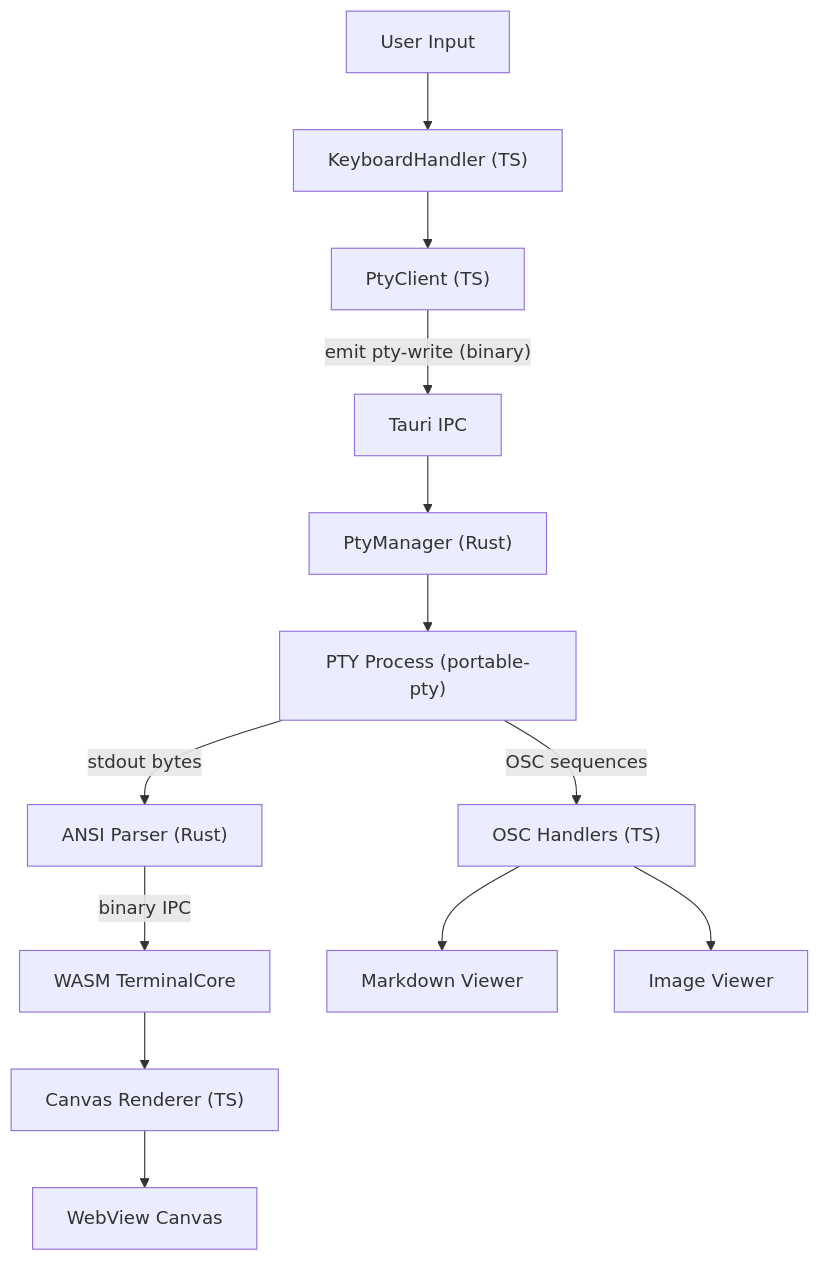
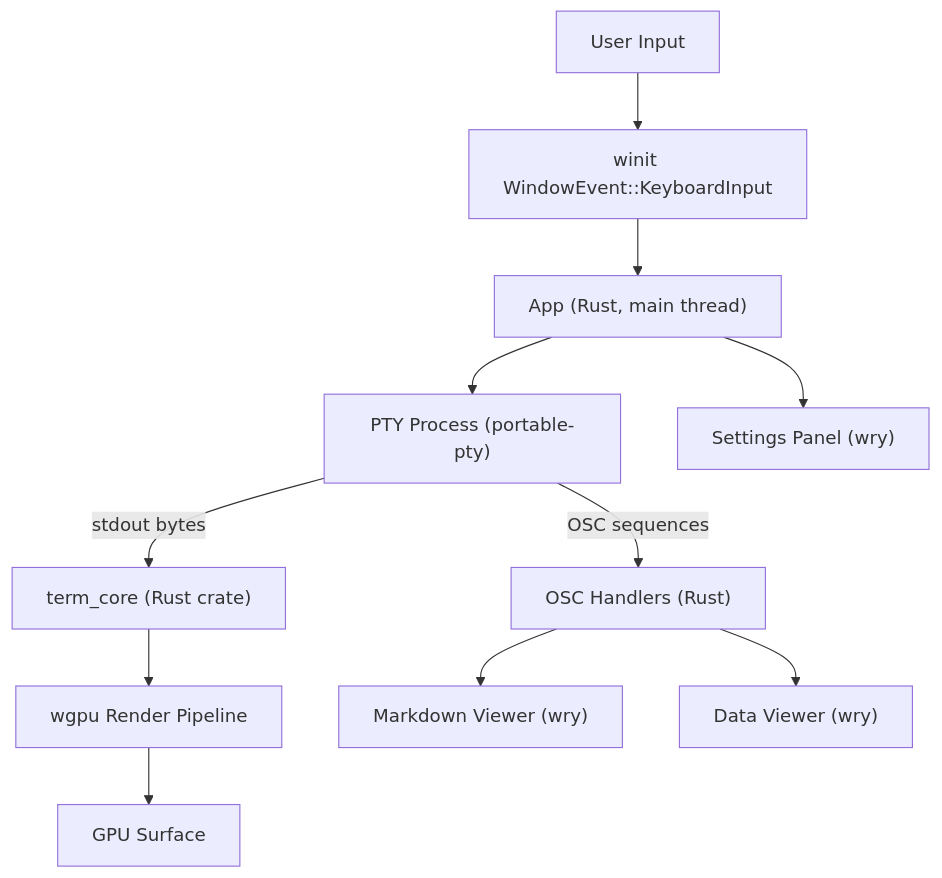
Before and after one commit to m-m-n/emterm: the first of 2 diagrams in doc/SPECIFICATION.md, drawn with Mermaid. The commit also changed other lines of this file and 2 other files, not shown here.

First line of the commit message:
docs: refresh SPECIFICATION and README for native architecture

````diff
--- a/doc/SPECIFICATION.md
+++ b/doc/SPECIFICATION.md
@@ -15,17 +15,16 @@
 ```mermaid
 graph TD
-    User["User Input"] --> KeyHandler["KeyboardHandler (TS)"]
-    KeyHandler --> PtyClient["PtyClient (TS)"]
-    PtyClient -- "emit pty-write (binary)" --> TauriIPC["Tauri IPC"]
-    TauriIPC --> PtyManager["PtyManager (Rust)"]
-    PtyManager --> PTY["PTY Process (portable-pty)"]
+    User["User Input"] --> WinitEvent["winit WindowEvent::KeyboardInput"]
+    WinitEvent --> App["App (Rust, main thread)"]
+    App --> PTY["PTY Process (portable-pty)"]
 
-    PTY -- "stdout bytes" --> AnsiParser["ANSI Parser (Rust)"]
-    AnsiParser -- "binary IPC" --> WasmCore["WASM TerminalCore"]
-    WasmCore --> CanvasRenderer["Canvas Renderer (TS)"]
-    CanvasRenderer --> Display["WebView Canvas"]
+    PTY -- "stdout bytes" --> TermCore["term_core (Rust crate)"]
+    TermCore --> Render["wgpu Render Pipeline"]
+    Render --> Display["GPU Surface"]
 
-    PTY -- "OSC sequences" --> OscHandlers["OSC Handlers (TS)"]
-    OscHandlers --> MarkdownViewer["Markdown Viewer"]
-    OscHandlers --> ImageViewer["Image Viewer"]
+    PTY -- "OSC sequences" --> OscHandlers["OSC Handlers (Rust)"]
+    OscHandlers --> MarkdownViewer["Markdown Viewer (wry)"]
+    OscHandlers --> DataViewer["Data Viewer (wry)"]
+
+    App --> Settings["Settings Panel (wry)"]
 ```
````
